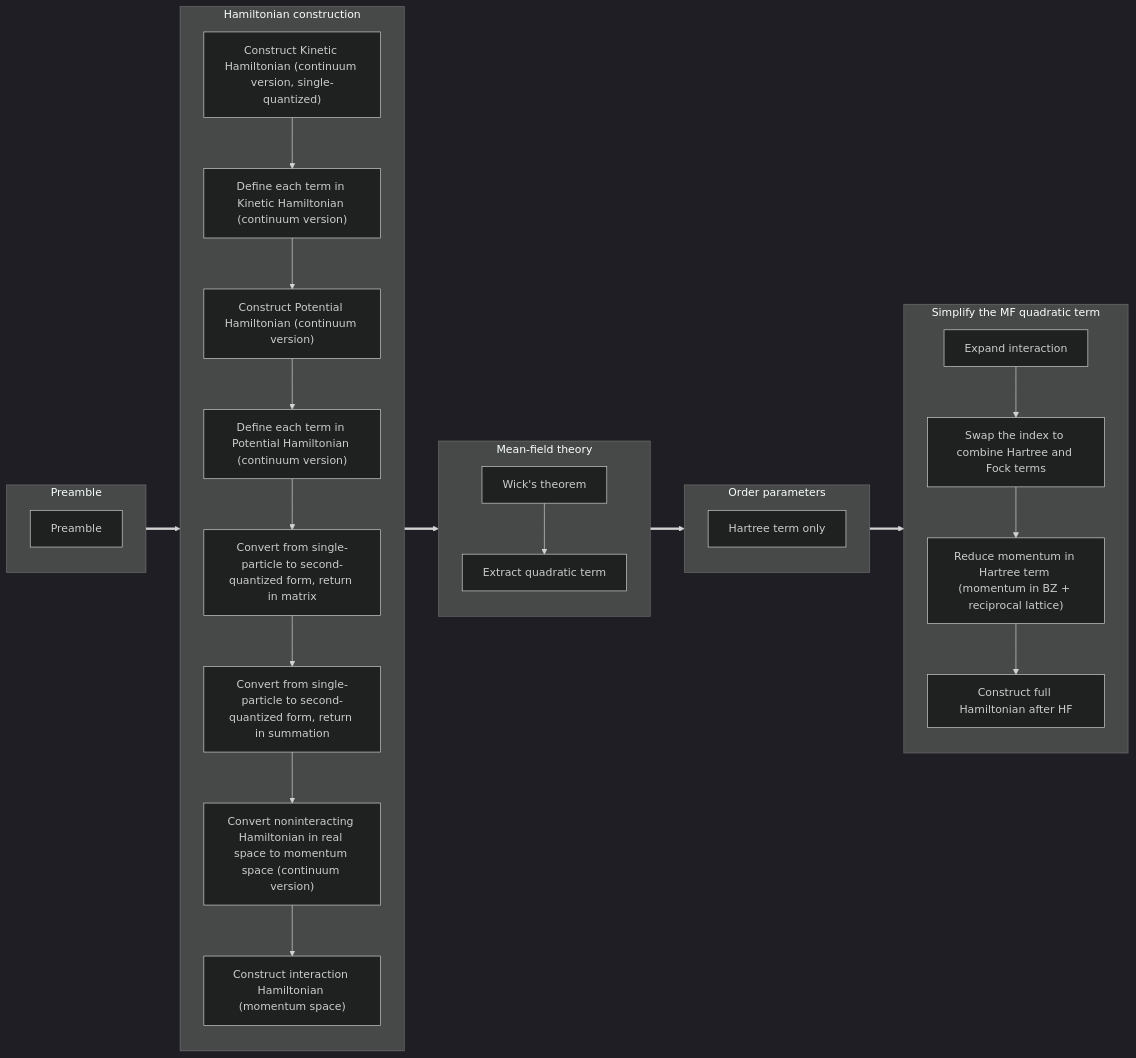
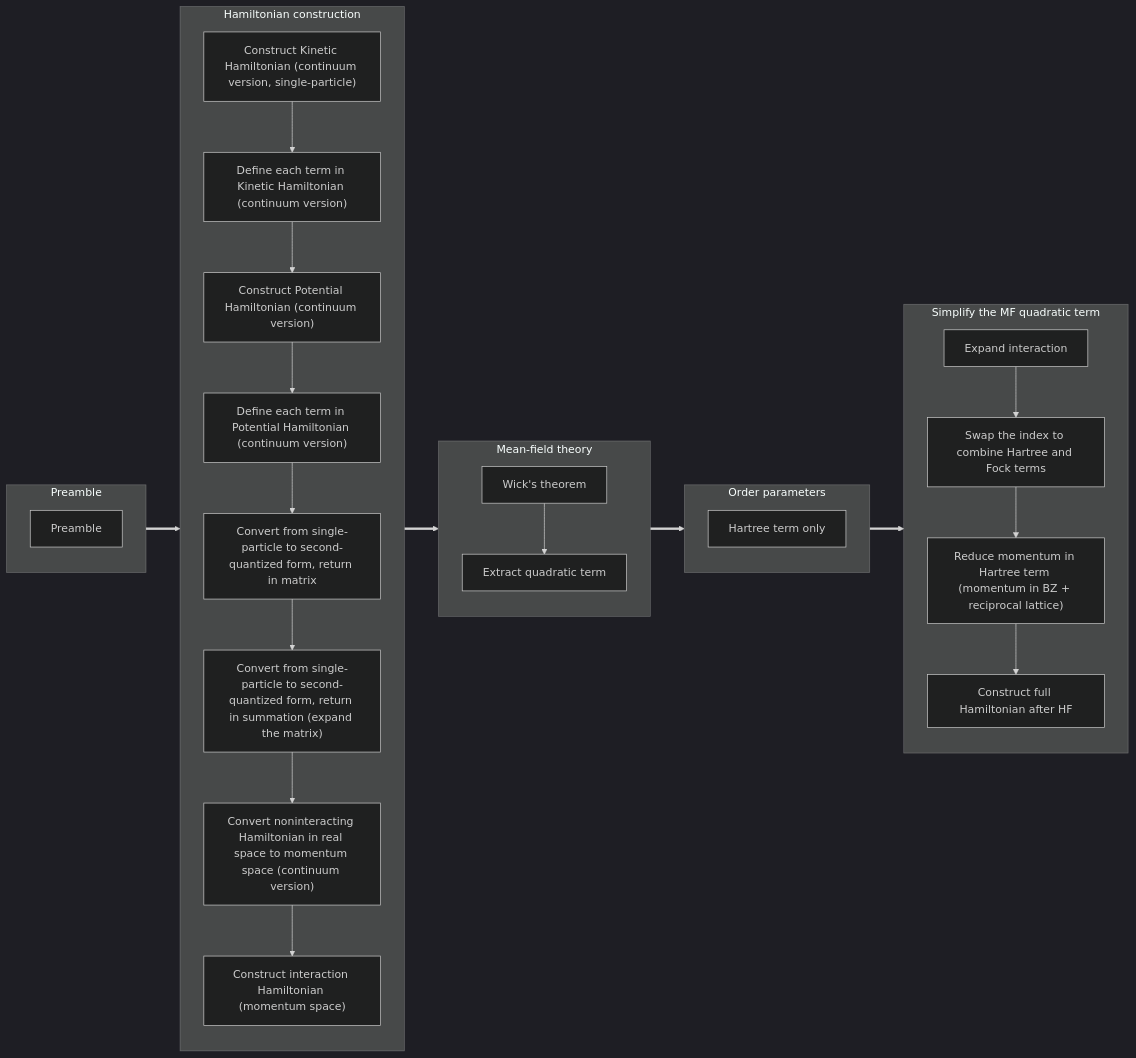
Before and after one commit to hainingpan/HartreeFock_GPT: the fourth of 9 diagrams in workflow.md, drawn with Mermaid (dark theme). The commit also changed other lines of this file and 4 other files, not shown here.

````diff
--- a/workflow.md
+++ b/workflow.md
@@ -147,49 +147,49 @@
 ```mermaid
 flowchart LR
     subgraph A["Preamble"]
         direction TB
         a1["Preamble"]
     end
     subgraph B["Hamiltonian construction"]
         direction TB
-        b1["Construct Kinetic Hamiltonian (continuum version, single-quantized)"]
+        b1["Construct Kinetic Hamiltonian (continuum version, single-particle)"]
         b2["Define each term in Kinetic Hamiltonian (continuum version)"]
         b3["Construct Potential Hamiltonian (continuum version)"]
         b4["Define each term in Potential Hamiltonian (continuum version)"]
-        b5["Convert from single-particle to second-quantized form, return in matrix"]
-        b6["Convert from single-particle to second-quantized form, return in summation"]
+        b5["Convert from single-particle to second-quantized form, return in matrix "]
+        b6["Convert from single-particle to second-quantized form, return in summation (expand the matrix)"]
         b7["Convert noninteracting Hamiltonian in real space to momentum space (continuum version)"]
         b8["Construct interaction Hamiltonian (momentum space)"]
         b1-->b2
         b2-->b3
         b3-->b4
         b4-->b5
         b5-->b6
         b6-->b7
         b7-->b8
     end
     subgraph C["Mean-field theory"]
         direction TB
         c1["Wick's theorem"]
         c2["Extract quadratic term"]
         c1-->c2
     end
     subgraph D["Order parameters"]
         direction TB
         d1["Hartree term only"]
     end
     subgraph E["Simplify the MF quadratic term"]
         direction TB
         e1["Expand interaction"]
         e2["Swap the index to combine Hartree and Fock terms"]
         e3["Reduce momentum in Hartree term (momentum in BZ + reciprocal lattice)"]
         e4["Construct full Hamiltonian after HF"]
         e1-->e2
         e2-->e3
         e3-->e4
     end
     A==>B
     B==>C
     C==>D
     D==>E
 ```
````
